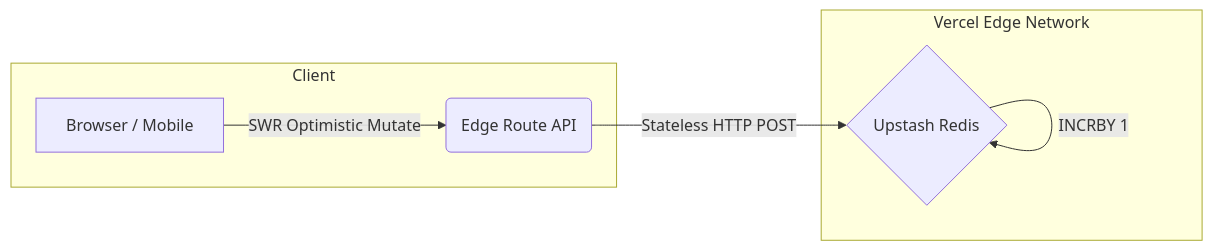
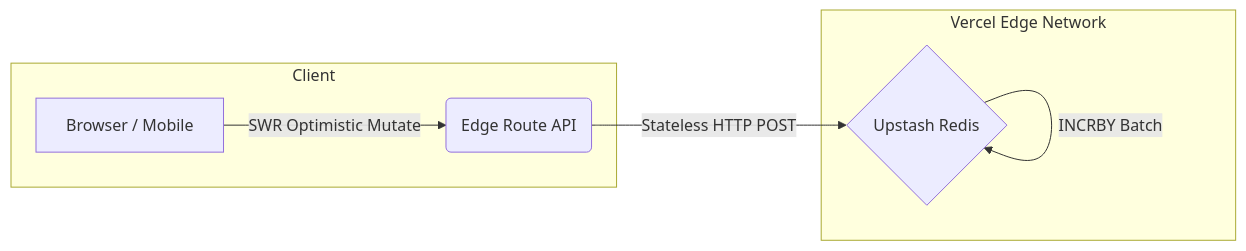
One commit to Lord-shaban/salawat-app changed the diagram in README.md. Above: the diagram before and after it, drawn with Mermaid. The commit also changed other lines of this file and 5 other files, not shown here.

````diff
--- a/README.md
+++ b/README.md
@@ -87,10 +92,10 @@
 ```mermaid
 graph LR;
     subgraph Client
     A[Browser / Mobile] -->|SWR Optimistic Mutate| B(Edge Route API);
     end
     subgraph Vercel Edge Network
     B -->|Stateless HTTP POST| C{Upstash Redis};
     end
-    C -->|INCRBY 1| C;
+    C -->|INCRBY Batch| C;
 ```
````
